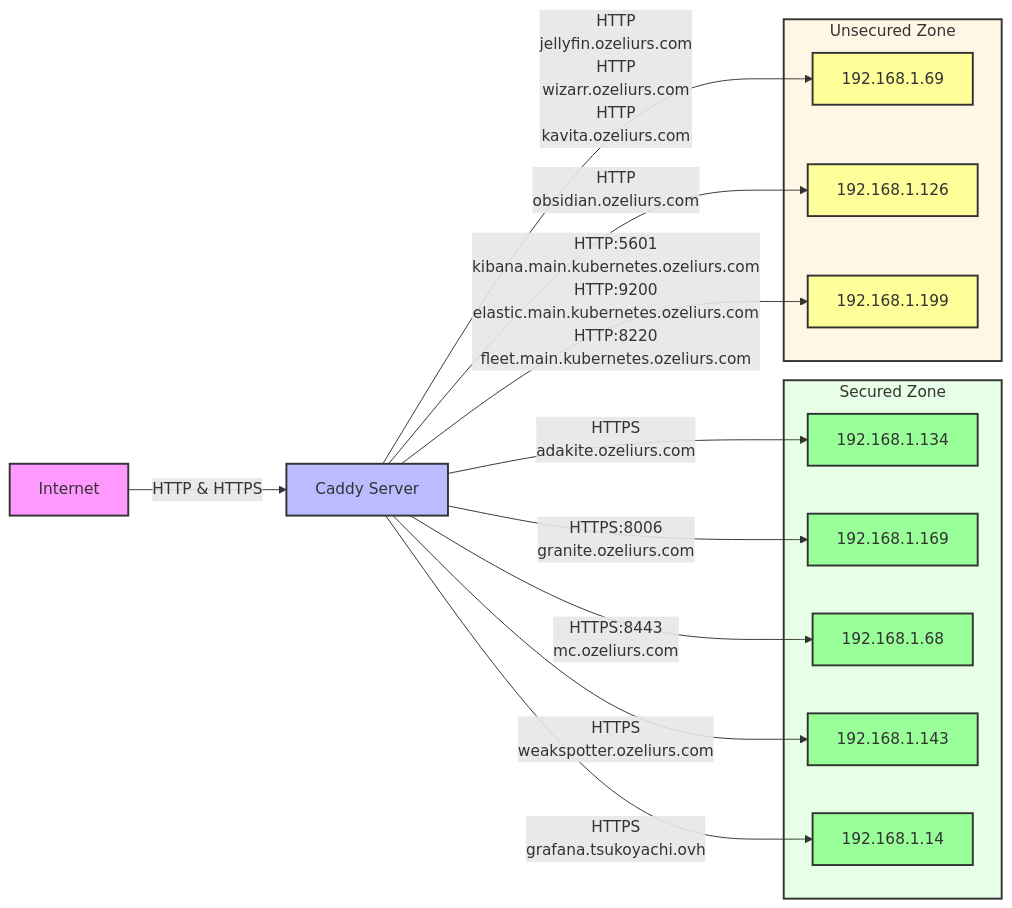
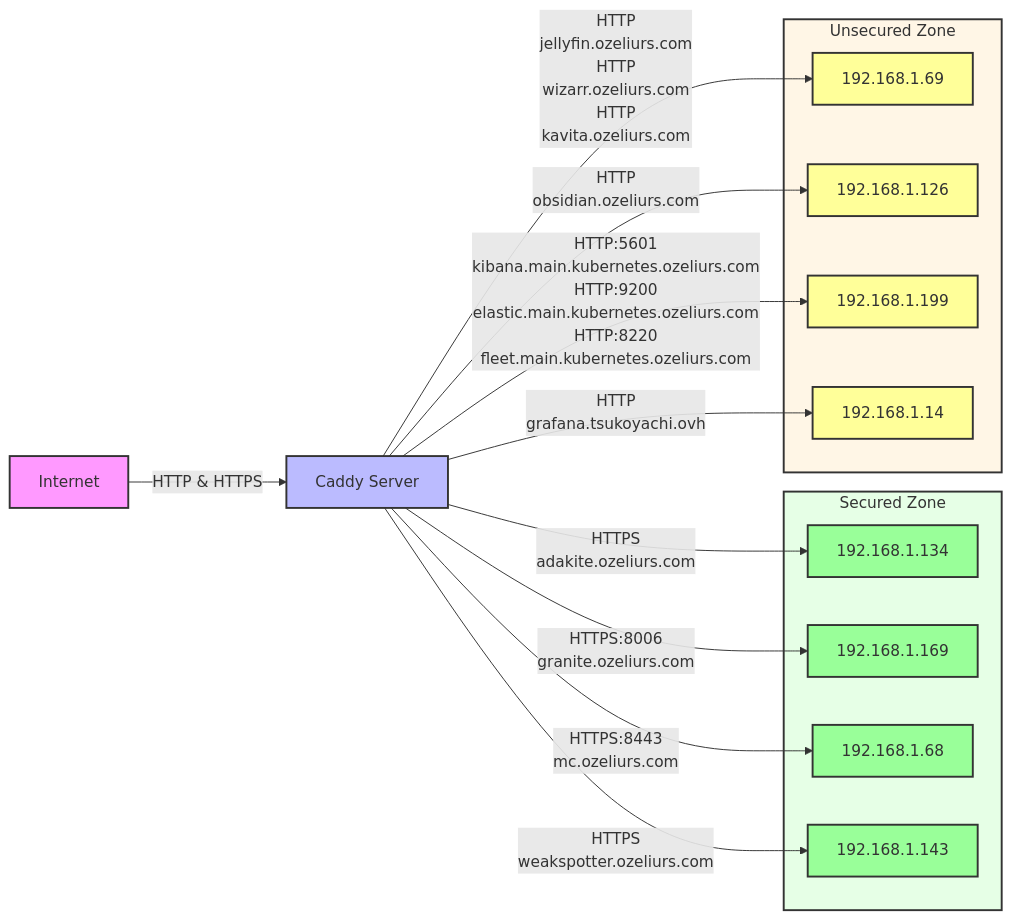
The diagram in README.md (ozeliurs/dc-reverse-proxy-config), drawn with Mermaid before and after one commit. The commit also changed 1 other file, not shown here.

Commit message:
Generate and update Caddyfile, Mermaid diagram, and Dockerfile

````diff
--- a/README.md
+++ b/README.md
@@ -34,54 +34,54 @@
 ```mermaid
 graph LR
     %% Style definitions
     classDef internet fill:#f9f,stroke:#333,stroke-width:2px;
     classDef proxy fill:#bbf,stroke:#333,stroke-width:2px;
     classDef backend fill:#bfb,stroke:#333,stroke-width:2px;
     classDef secure fill:#9f9,stroke:#333,stroke-width:2px;
     classDef unsecure fill:#ff9,stroke:#333,stroke-width:2px;
 
     %% Nodes
     I[Internet]
     C[Caddy Server]
 
     %% Apply styles
     class I internet
     class C proxy
 
     %% Base connections
     I -->|HTTP & HTTPS| C
 
     %% Backend groups
     subgraph Secured[Secured Zone]
         style Secured fill:#e6ffe6,stroke:#333,stroke-width:2px
         S0[192.168.1.134]
         class S0 secure
         S1[192.168.1.169]
         class S1 secure
         S2[192.168.1.68]
         class S2 secure
         S3[192.168.1.143]
         class S3 secure
-        S4[192.168.1.14]
-        class S4 secure
     end
 
     subgraph Unsecured[Unsecured Zone]
         style Unsecured fill:#fff6e6,stroke:#333,stroke-width:2px
         U0[192.168.1.69]
         class U0 unsecure
         U1[192.168.1.126]
         class U1 unsecure
         U2[192.168.1.199]
         class U2 unsecure
+        U3[192.168.1.14]
+        class U3 unsecure
     end
 
     C -->|HTTPS<br>adakite.ozeliurs.com| S0
     C -->|HTTP<br>jellyfin.ozeliurs.com<br>HTTP<br>wizarr.ozeliurs.com<br>HTTP<br>kavita.ozeliurs.com| U0
     C -->|HTTPS:8006<br>granite.ozeliurs.com| S1
     C -->|HTTPS:8443<br>mc.ozeliurs.com| S2
     C -->|HTTP<br>obsidian.ozeliurs.com| U1
     C -->|HTTPS<br>weakspotter.ozeliurs.com| S3
     C -->|HTTP:5601<br>kibana.main.kubernetes.ozeliurs.com<br>HTTP:9200<br>elastic.main.kubernetes.ozeliurs.com<br>HTTP:8220<br>fleet.main.kubernetes.ozeliurs.com| U2
-    C -->|HTTPS<br>grafana.tsukoyachi.ovh| S4
+    C -->|HTTP<br>grafana.tsukoyachi.ovh| U3
 ```
````
